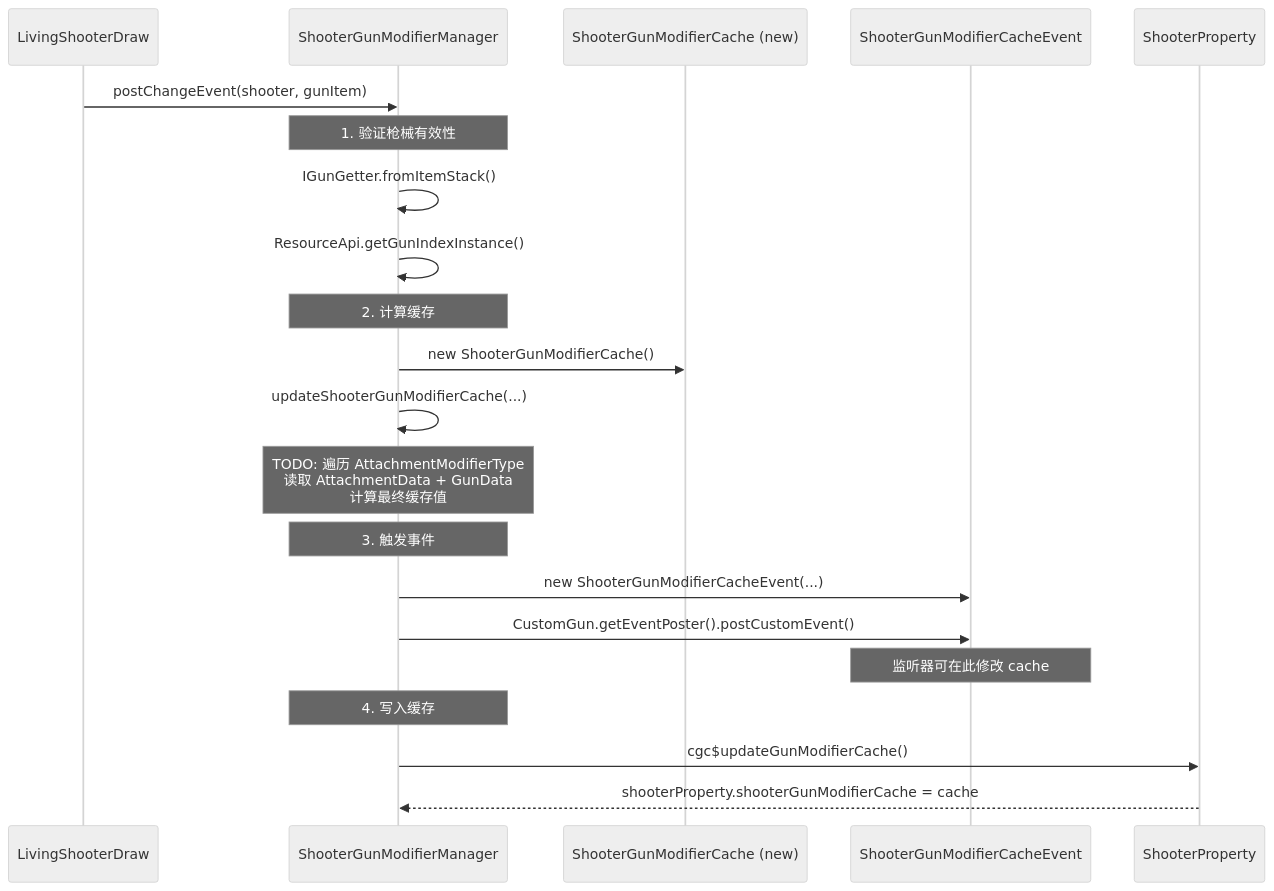
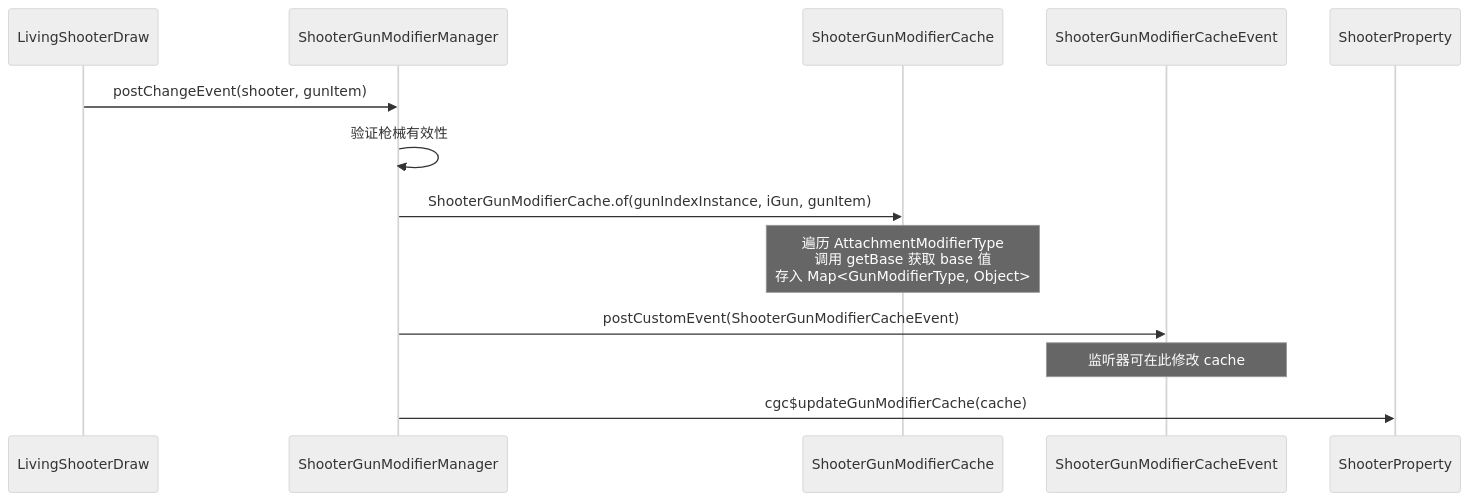
Before and after one commit to XColorful/Custom-Gun-Continued: the diagram in docs/architecture/core/entity/shooter/modifier/cache-system.md, drawn with Mermaid (neutral theme). The commit also changed other lines of this file and 9 other files, not shown here.

````diff
--- a/docs/architecture/core/entity/shooter/modifier/cache-system.md
+++ b/docs/architecture/core/entity/shooter/modifier/cache-system.md
@@ -128,28 +121,16 @@
 ```mermaid
 sequenceDiagram
     participant Draw as LivingShooterDraw
     participant SGMM as ShooterGunModifierManager
-    participant SGMC as ShooterGunModifierCache (new)
+    participant SGMC as ShooterGunModifierCache
     participant Event as ShooterGunModifierCacheEvent
     participant SP as ShooterProperty
 
     Draw->>SGMM: postChangeEvent(shooter, gunItem)
-
-    Note over SGMM: 1. 验证枪械有效性
-    SGMM->>SGMM: IGunGetter.fromItemStack()
-    SGMM->>SGMM: ResourceApi.getGunIndexInstance()
-
-    Note over SGMM: 2. 计算缓存
-    SGMM->>SGMC: new ShooterGunModifierCache()
-    SGMM->>SGMM: updateShooterGunModifierCache(...)
-    Note over SGMM: TODO: 遍历 AttachmentModifierType<br/>读取 AttachmentData + GunData<br/>计算最终缓存值
-
-    Note over SGMM: 3. 触发事件
-    SGMM->>Event: new ShooterGunModifierCacheEvent(...)
-    SGMM->>Event: CustomGun.getEventPoster().postCustomEvent()
+    SGMM->>SGMM: 验证枪械有效性
+    SGMM->>SGMC: ShooterGunModifierCache.of(gunIndexInstance, iGun, gunItem)
+    Note over SGMC: 遍历 AttachmentModifierType<br/>调用 getBase 获取 base 值<br/>存入 Map<GunModifierType, Object>
+    SGMM->>Event: postCustomEvent(ShooterGunModifierCacheEvent)
     Note over Event: 监听器可在此修改 cache
-
-    Note over SGMM: 4. 写入缓存
-    SGMM->>SP: cgc$updateGunModifierCache()
-    SP-->>SGMM: shooterProperty.shooterGunModifierCache = cache
+    SGMM->>SP: cgc$updateGunModifierCache(cache)
 ```
````
